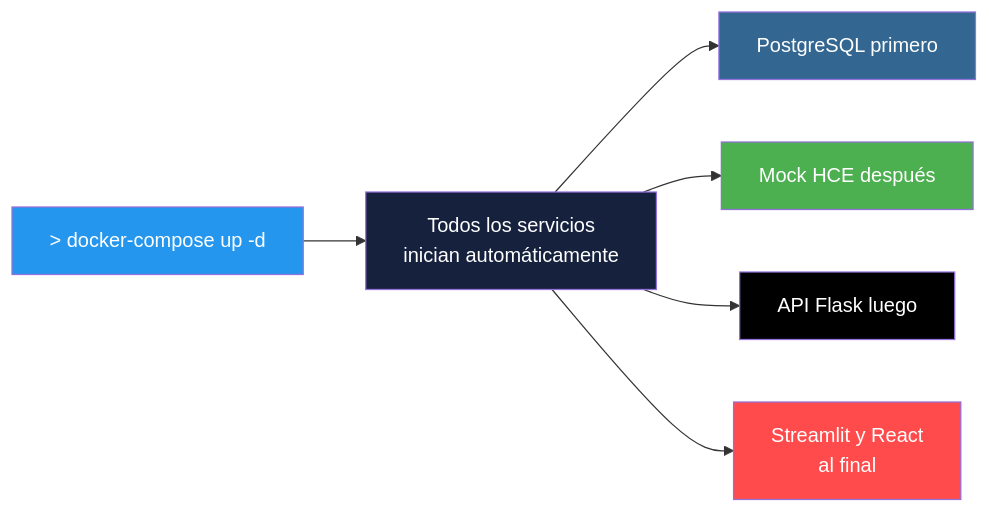
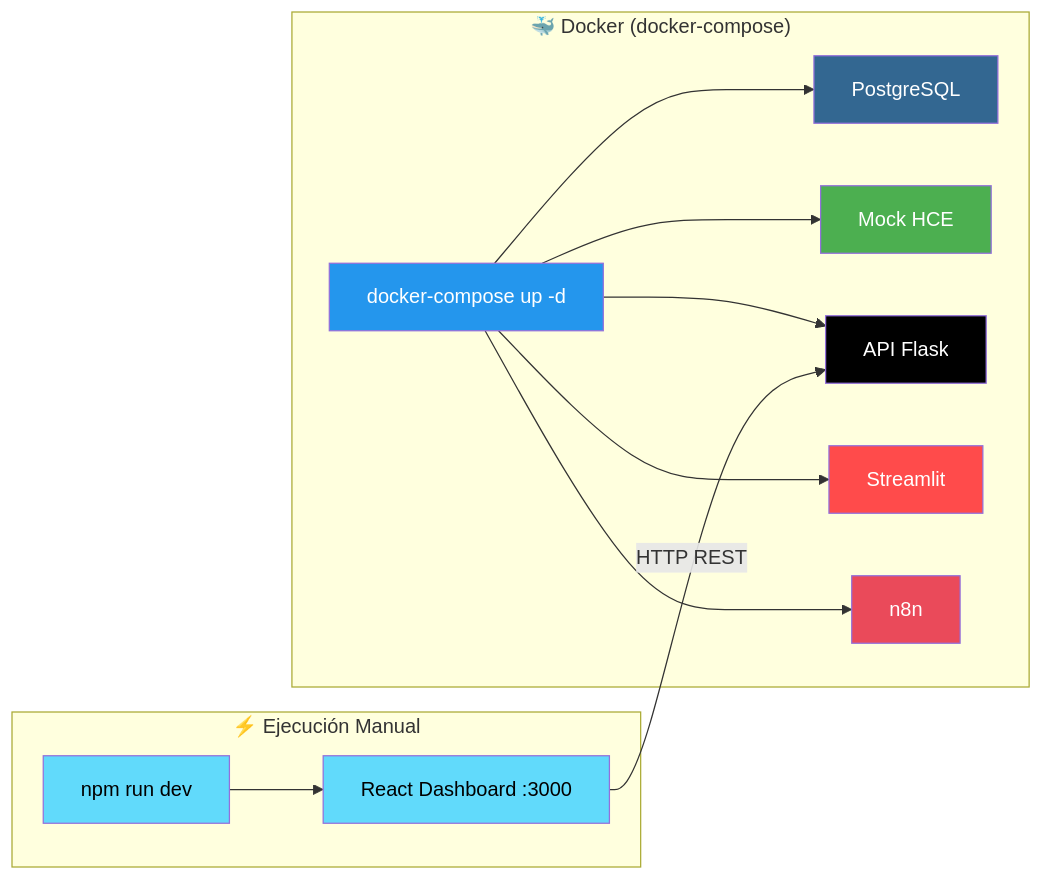
The second of 4 diagrams in README.md (HrSly11/triaje-ia), drawn with Mermaid before and after one commit. The commit also changed other lines of this file, not shown here.

Commit message:
docs: corregir README - React se ejecuta manualmente no en Docker

````diff
--- a/README.md
+++ b/README.md
@@ -68,15 +68,25 @@
 ```mermaid
 graph LR
-    A["> docker-compose up -d"] --> B["Todos los servicios\ninician automáticamente"]
-    B --> C["PostgreSQL primero"]
-    B --> D["Mock HCE después"]
-    B --> E["API Flask luego"]
-    B --> F["Streamlit y React\nal final"]
+    subgraph Docker["🐳 Docker (docker-compose)"]
+        A1["docker-compose up -d"] --> B1["PostgreSQL"]
+        A1 --> B2["Mock HCE"]
+        A1 --> B3["API Flask"]
+        A1 --> B4["Streamlit"]
+        A1 --> B5["n8n"]
+    end
     
-    style A fill:#2496ed,color:#fff
-    style B fill:#16213e,color:#fff
-    style C fill:#336791,color:#fff
-    style D fill:#4caf50,color:#fff
-    style E fill:#000,color:#fff
-    style F fill:#ff4b4b,color:#fff
+    subgraph Manual["⚡ Ejecución Manual"]
+        A2["npm run dev"] --> C["React Dashboard :3000"]
+    end
+    
+    C -->|"HTTP REST"| B3
+    
+    style A1 fill:#2496ed,color:#fff
+    style B1 fill:#336791,color:#fff
+    style B2 fill:#4caf50,color:#fff
+    style B3 fill:#000,color:#fff
+    style B4 fill:#ff4b4b,color:#fff
+    style B5 fill:#ea4a5a,color:#fff
+    style A2 fill:#61dafb,color:#000
+    style C fill:#61dafb,color:#000
 ```
````
